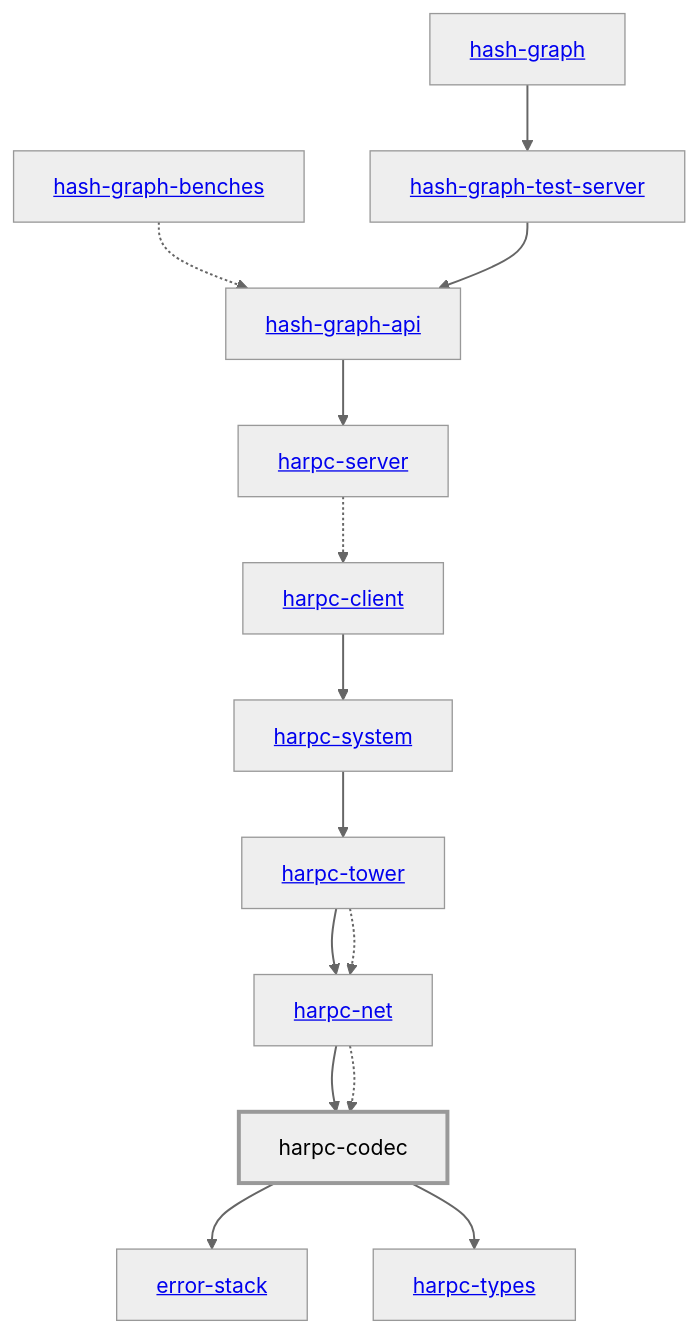
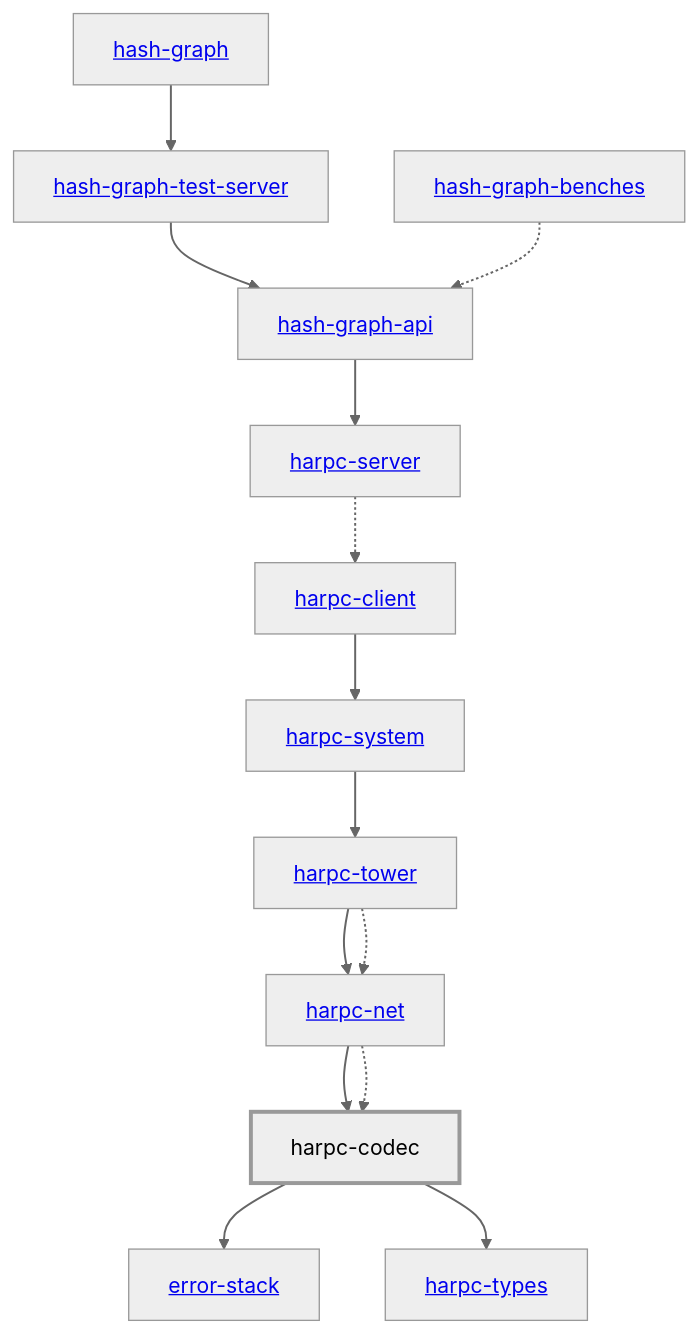
Before and after one commit to hashintel/hash: the diagram in libs/@local/harpc/codec/docs/dependency-diagram.mmd, drawn with Mermaid (neutral theme). The commit also changed other lines of this file and 39 other files, not shown here.

```diff
--- a/libs/@local/harpc/codec/docs/dependency-diagram.mmd
+++ b/libs/@local/harpc/codec/docs/dependency-diagram.mmd
@@ -1,36 +1,36 @@
 graph TD
     linkStyle default stroke-width:1.5px
     classDef default stroke-width:1px
     classDef root stroke-width:3px
     classDef dev stroke-width:1px
     classDef build stroke-width:1px
     %% Legend
     %% --> : Normal dependency
     %% -.-> : Dev dependency
     %% ---> : Build dependency
     0[<a href="../harpc_server/index.html">harpc-server</a>]
     1[<a href="../harpc_system/index.html">harpc-system</a>]
     2[<a href="../harpc_tower/index.html">harpc-tower</a>]
     3[<a href="../harpc_types/index.html">harpc-types</a>]
     4[<a href="../hash_graph_test_server/index.html">hash-graph-test-server</a>]
     5[<a href="../hash_graph_benches/index.html">hash-graph-benches</a>]
     6[<a href="../hash_graph/index.html">hash-graph</a>]
     7[<a href="../error_stack/index.html">error-stack</a>]
     8[<a href="../hash_graph_api/index.html">hash-graph-api</a>]
     9[<a href="../harpc_client/index.html">harpc-client</a>]
     10[harpc-codec]
     class 10 root
     11[<a href="../harpc_net/index.html">harpc-net</a>]
     8 --> 0
     9 --> 1
     10 --> 7
     10 --> 3
     11 --> 10
+    4 --> 8
     11 -.-> 10
     0 -.-> 9
     5 -.-> 8
     1 --> 2
     2 --> 11
     2 -.-> 11
     6 --> 4
-    4 --> 8
```
